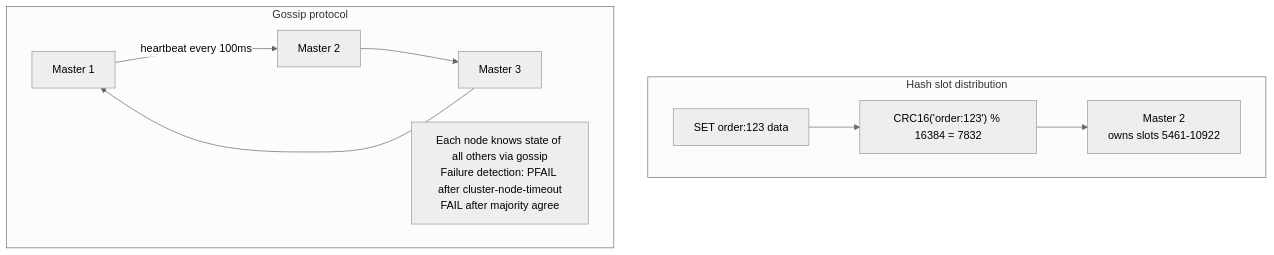
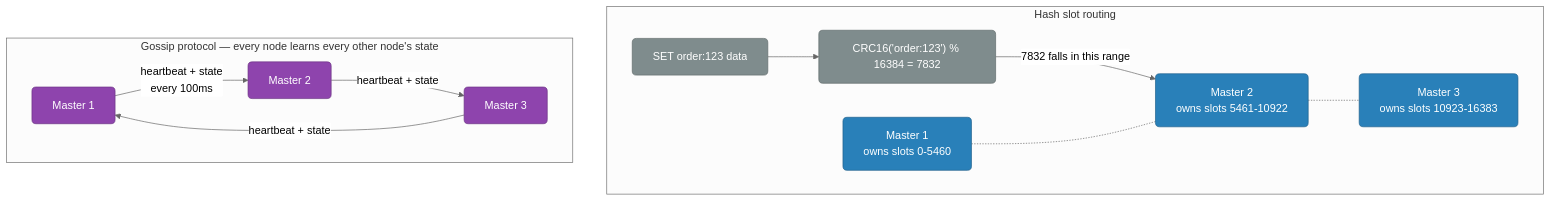
The fifth of 9 diagrams in databases/redis-internals.md (deepanshu-rawat6/DevOpsIndex), drawn with Mermaid (neutral theme) before and after one commit. The commit also changed other lines of this file and 7 other files, not shown here.

````diff
--- a/databases/redis-internals.md
+++ b/databases/redis-internals.md
@@ -109,14 +340,20 @@
 ```mermaid
 graph TD
-    subgraph "Hash slot distribution"
-        KEY["SET order:123 data"] --> HASH2["CRC16('order:123') % 16384 = 7832"]
-        HASH2 --> MASTER2["Master 2<br>owns slots 5461-10922"]
+    classDef master fill:#2980b9,stroke:#1f618d,color:#fff,rx:6
+    classDef compute fill:#7f8c8d,stroke:#616a6b,color:#fff,rx:6
+    classDef gossip fill:#8e44ad,stroke:#6c3483,color:#fff,rx:6
+
+    subgraph SLOTS["Hash slot routing"]
+        KEY["SET order:123 data"]:::compute --> HASH2["CRC16('order:123') % 16384 = 7832"]:::compute
+        HASH2 -->|"7832 falls in this range"| M2S["Master 2<br/>owns slots 5461-10922"]:::master
+        M1S["Master 1<br/>owns slots 0-5460"]:::master
+        M3S["Master 3<br/>owns slots 10923-16383"]:::master
+        M1S -.- M2S -.- M3S
     end
 
-    subgraph "Gossip protocol"
-        M1["Master 1"] -->|"heartbeat every 100ms"| M2["Master 2"]
-        M2 --> M3["Master 3"]
-        M3 --> M1
-        Note["Each node knows state of all others via gossip<br>Failure detection: PFAIL after cluster-node-timeout<br>FAIL after majority agree"]
+    subgraph GOSSIP["Gossip protocol — every node learns every other node's state"]
+        G1["Master 1"]:::gossip -->|"heartbeat + state<br/>every 100ms"| G2["Master 2"]:::gossip
+        G2 -->|"heartbeat + state"| G3["Master 3"]:::gossip
+        G3 -->|"heartbeat + state"| G1
     end
 ```
````
